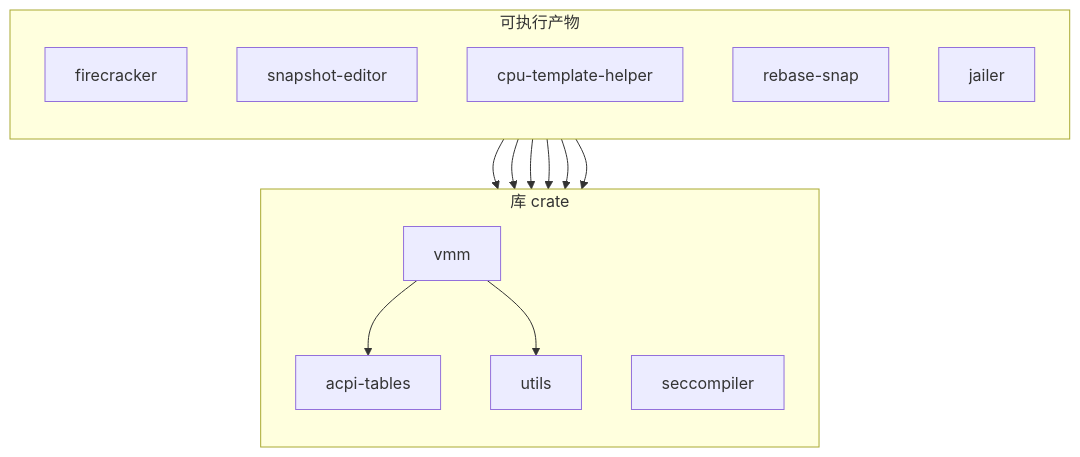
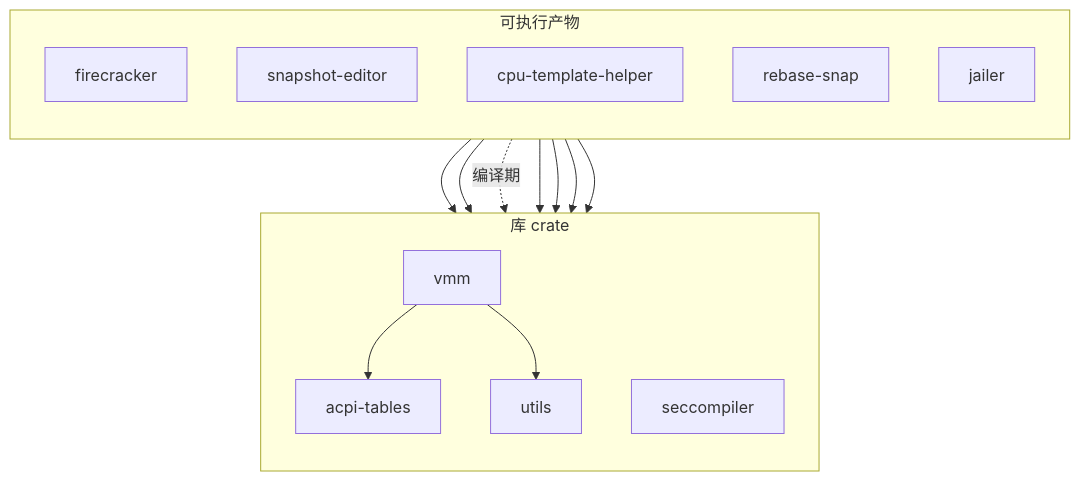
One commit to AustinJiangg/ai-books changed the second of 2 diagrams in firecracker/01-lineage-and-repo-map.md. Above: the diagram before and after it, drawn with Mermaid. The commit also changed other lines of this file and 27 other files, not shown here.

````diff
--- a/firecracker/01-lineage-and-repo-map.md
+++ b/firecracker/01-lineage-and-repo-map.md
@@ -163,26 +205,27 @@
 ```mermaid
 flowchart TB
     subgraph BIN["可执行产物"]
         direction TB
         FC["firecracker"]
         SE["snapshot-editor"]
         CT["cpu-template-helper"]
         RS["rebase-snap"]
         JL["jailer"]
     end
     subgraph LIB["库 crate"]
         direction TB
         VMM["vmm"]
         SL["seccompiler"]
         AT["acpi-tables"]
         UT["utils"]
     end
     FC --> VMM
-    FC --> SL
+    FC --> UT
+    FC -.->|"编译期"| SL
     SE --> VMM
     CT --> VMM
     RS --> UT
     JL --> UT
     VMM --> AT
     VMM --> UT
 ```
````
